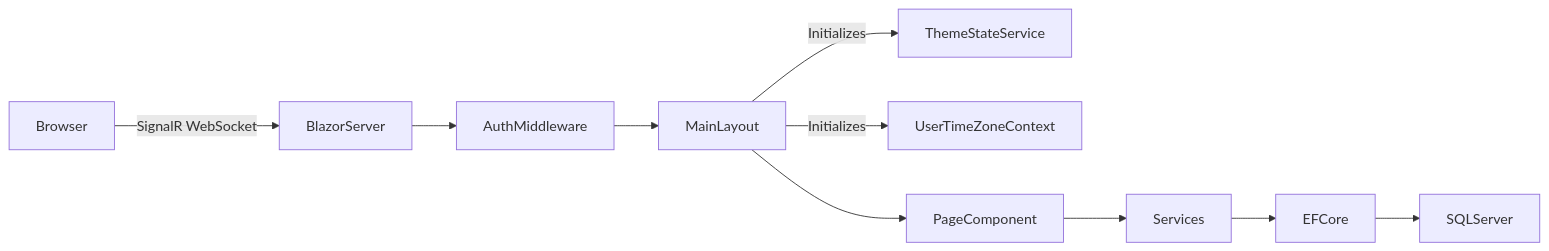
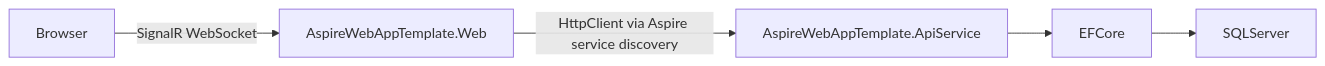
Before and after one commit to KGYeow/AspireWebAppTemplate: the diagram in docs/architecture/overview.md, drawn with Mermaid. The commit also changed other lines of this file and 26 other files, not shown here.

````diff
--- a/docs/architecture/overview.md
+++ b/docs/architecture/overview.md
@@ -67,12 +89,7 @@
 ```mermaid
 graph LR
-    Browser -->|SignalR WebSocket| BlazorServer
-    BlazorServer --> AuthMiddleware
-    AuthMiddleware --> MainLayout
-    MainLayout -->|Initializes| ThemeStateService
-    MainLayout -->|Initializes| UserTimeZoneContext
-    MainLayout --> PageComponent
-    PageComponent --> Services
-    Services --> EFCore
+    Browser -->|SignalR WebSocket| Web[AspireWebAppTemplate.Web]
+    Web -->|HttpClient via Aspire service discovery| ApiService[AspireWebAppTemplate.ApiService]
+    ApiService --> EFCore
     EFCore --> SQLServer
 ```
````
